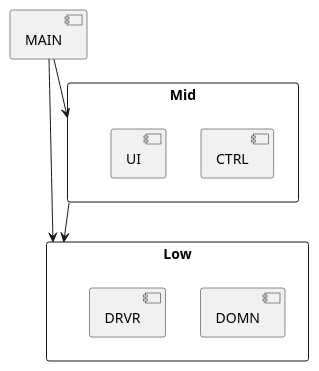
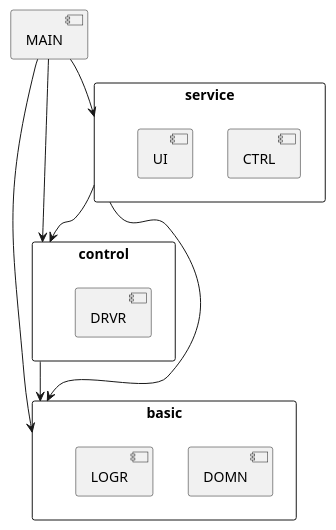
Before and after one commit to ivanovkirilg/linebot: the diagram in architecture.md, drawn with PlantUML.

Commit message:
Add LOGR component to architecture and name layers

````diff
--- a/architecture.md
+++ b/architecture.md
@@ -5,16 +5,25 @@
 ```plantuml
 
-rectangle Low {
+rectangle basic {
     component DOMN
+    component LOGR
+}
+
+rectangle control {
     component DRVR
 }
-rectangle Mid {
+
+rectangle service {
     component CTRL
     component UI
 }
+
 component MAIN
 
-MAIN --> Mid
-MAIN --> Low
-Mid --> Low
+MAIN --> service
+MAIN --> control
+MAIN --> basic
+service --> control
+service --> basic
+control --> basic
 ```
````
